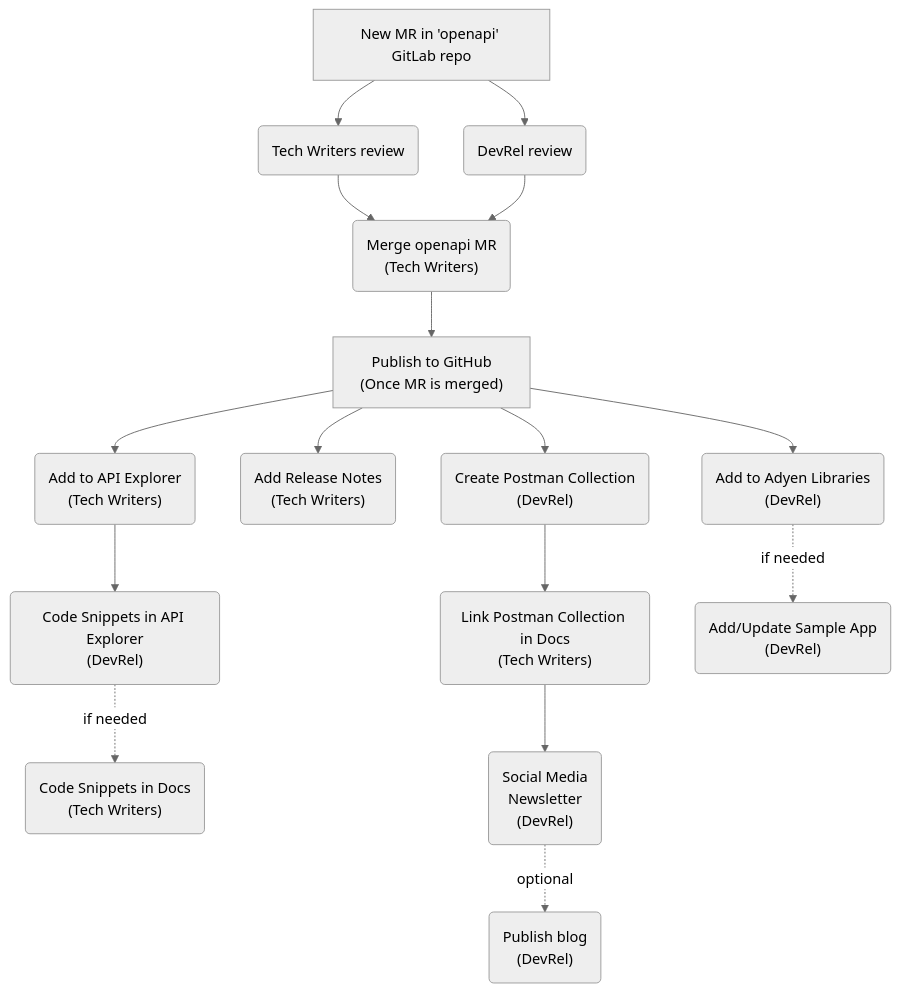
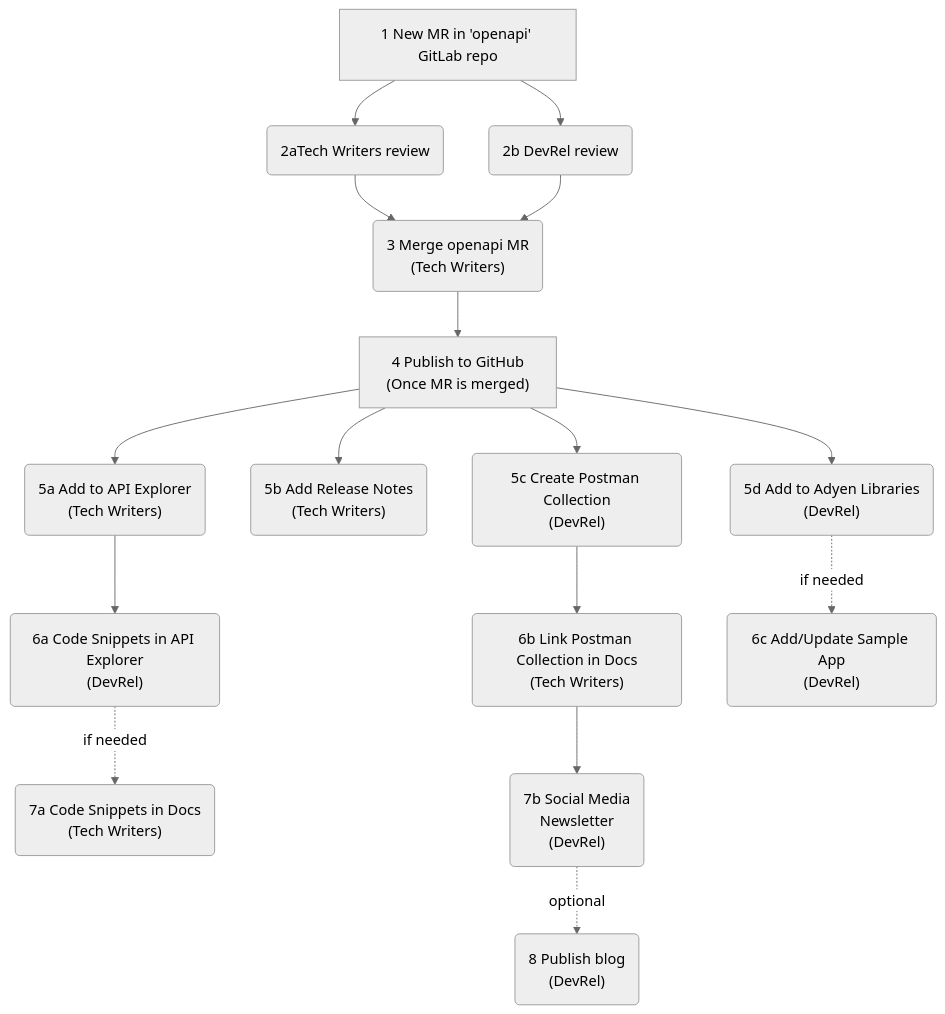
Before and after one commit to adyen-examples/.github: the diagram in pages/new-api-flow.md, drawn with Mermaid (neutral theme).

````diff
--- a/pages/new-api-flow.md
+++ b/pages/new-api-flow.md
@@ -1,41 +1,41 @@
 ```mermaid
 flowchart TB;
-  START[New MR in 'openapi' GitLab repo] --> TECH_WRITERS_REVIEW(Tech Writers review)
-  START[New MR in 'openapi' GitLab repo] --> DEVREL_REVIEW(DevRel review)
+  START[1 New MR in 'openapi' GitLab repo] --> TECH_WRITERS_REVIEW(2aTech Writers review)
+  START[1 New MR in 'openapi' GitLab repo] --> DEVREL_REVIEW(2b DevRel review)
 
  TECH_WRITERS_REVIEW --> MERGE_OPENAPI_MR
  DEVREL_REVIEW --> MERGE_OPENAPI_MR
 
- MERGE_OPENAPI_MR("`Merge openapi MR
-(Tech Writers)`") --> PUBLISH_TO_GITHUB["`Publish to GitHub
+ MERGE_OPENAPI_MR("`3 Merge openapi MR
+(Tech Writers)`") --> PUBLISH_TO_GITHUB["`4 Publish to GitHub
 (Once MR is merged)`"]
 
-  PUBLISH_TO_GITHUB --> API_EXPLORER("`Add to API Explorer
+  PUBLISH_TO_GITHUB --> API_EXPLORER("`5a Add to API Explorer
 (Tech Writers)`")
-  PUBLISH_TO_GITHUB --> API_RELEASE_NOTES("`Add Release Notes
+  PUBLISH_TO_GITHUB --> API_RELEASE_NOTES("`5b Add Release Notes
 (Tech Writers)`")
-  PUBLISH_TO_GITHUB --> CREATE_POSTMAN_COLLECTION("`Create Postman Collection
+  PUBLISH_TO_GITHUB --> CREATE_POSTMAN_COLLECTION("`5c Create Postman Collection
+(DevRel)`")
+  PUBLISH_TO_GITHUB --> ADD_ADYEN_LIBRARIES("`5d Add to Adyen Libraries
 (DevRel)`")
 
-  CREATE_POSTMAN_COLLECTION --> LINK_POSTMAN_COLLECTION("`Link Postman Collection in Docs
+
+  API_EXPLORER --> API_EXPLORER_CODE_SNIPPETS("`6a Code Snippets in API Explorer
+(DevRel)`")
+  CREATE_POSTMAN_COLLECTION --> LINK_POSTMAN_COLLECTION("`6b Link Postman Collection in Docs
 (Tech Writers)`")
 
-  PUBLISH_TO_GITHUB --> ADD_ADYEN_LIBRARIES("`Add to Adyen Libraries
+  API_EXPLORER_CODE_SNIPPETS -. if needed .-> DOCS_CODE_SNIPPETS("`7a Code Snippets in Docs
+(Tech Writers)`")
+
+  ADD_ADYEN_LIBRARIES -. if needed .-> SAMPLE_APP("`6c Add/Update Sample App
 (DevRel)`")
 
-  API_EXPLORER --> API_EXPLORER_CODE_SNIPPETS("`Code Snippets in API Explorer
-(DevRel)`")
-  API_EXPLORER_CODE_SNIPPETS -. if needed .-> DOCS_CODE_SNIPPETS("`Code Snippets in Docs
-(Tech Writers)`")
-
-  ADD_ADYEN_LIBRARIES -. if needed .-> SAMPLE_APP("`Add/Update Sample App
-(DevRel)`")
-
-  LINK_POSTMAN_COLLECTION --> ANNOUNCEMENT("`Social Media
+  LINK_POSTMAN_COLLECTION --> ANNOUNCEMENT("`7b Social Media
 Newsletter
 (DevRel)`")
 
-  ANNOUNCEMENT -. optional .-> BLOG("`Publish blog
+  ANNOUNCEMENT -. optional .-> BLOG("`8 Publish blog
 (DevRel)`")
 
 ```
````
